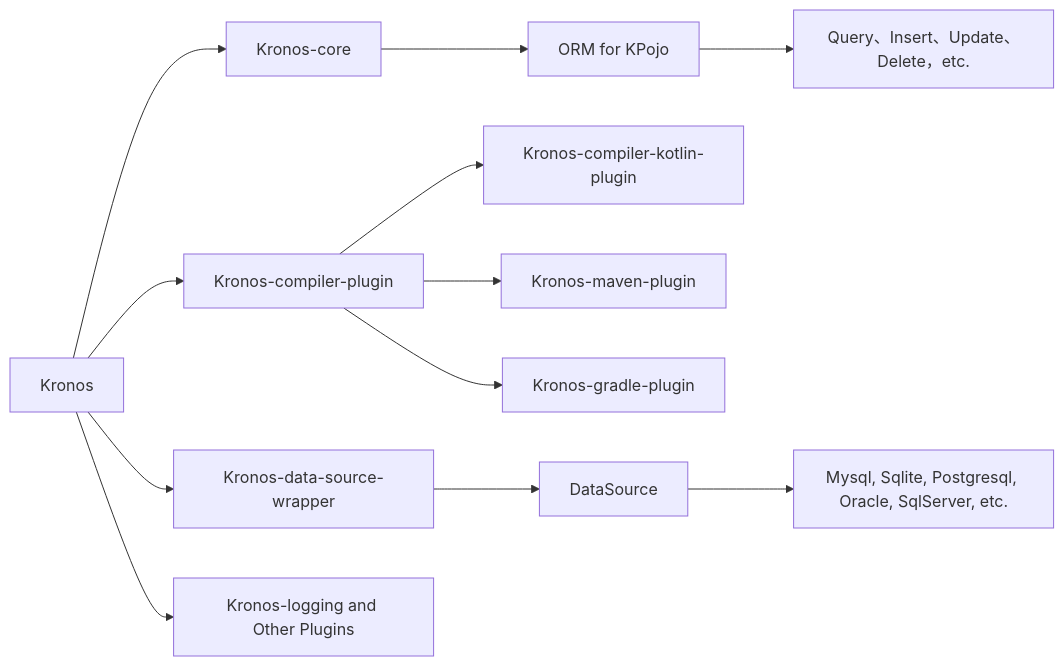
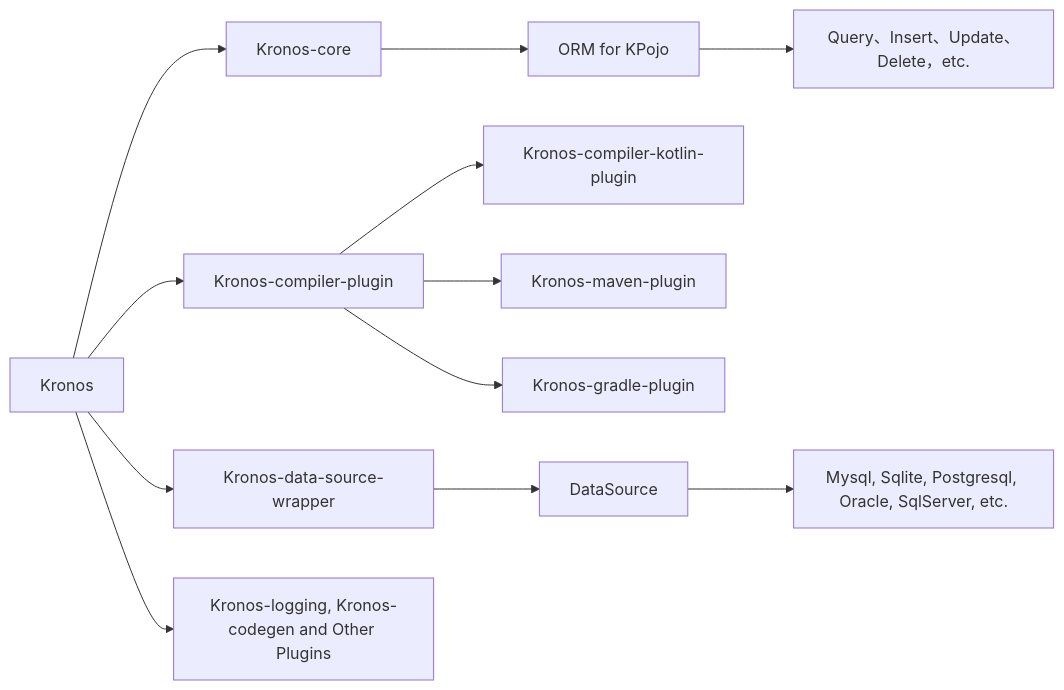
One commit to Kronos-orm/Kronos-orm changed the diagram in src/app/docs/en/1.getting-started/1.introduce/index.md. Above: the diagram before and after it, drawn with Mermaid. The commit also changed 29 other files, not shown here.

````diff
--- a/src/app/docs/en/1.getting-started/1.introduce/index.md
+++ b/src/app/docs/en/1.getting-started/1.introduce/index.md
@@ -11,14 +11,14 @@
 ```mermaid
 graph LR
     A[Kronos] --> B[Kronos-core]
     B --> I[ORM for KPojo]
     I --> J[Query、Insert、Update、Delete，etc.]
     A --> C[Kronos-compiler-plugin]
     C --> L[Kronos-compiler-kotlin-plugin]
     C --> D[Kronos-maven-plugin]
     C --> E[Kronos-gradle-plugin]
     A --> F[Kronos-data-source-wrapper]
     F --> G[DataSource]
     G --> H[Mysql, Sqlite, Postgresql, Oracle, SqlServer, etc.]
-    A --> K[Kronos-logging and Other Plugins]
+    A --> K[Kronos-logging, Kronos-codegen and Other Plugins]
 ```
````
